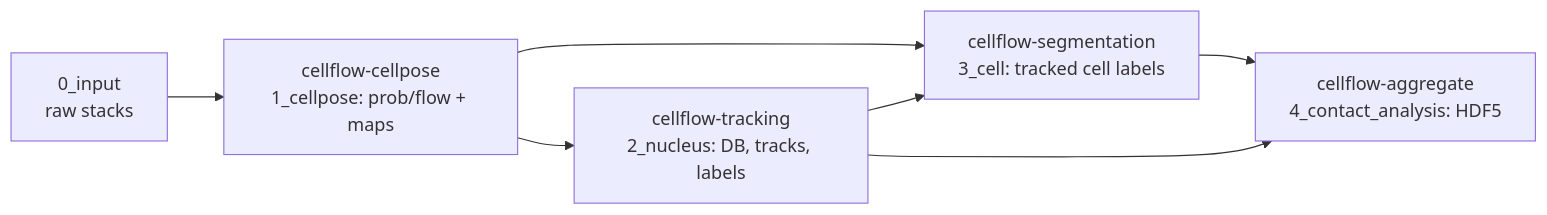
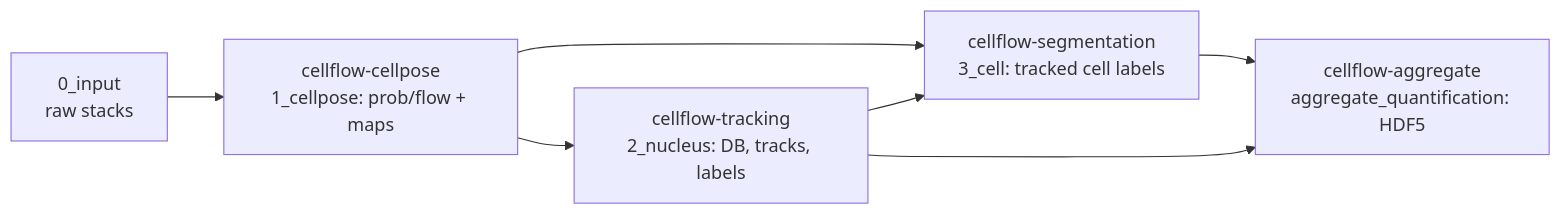
Before and after one commit to ArturRuppel/ITASC: the diagram in docs/manual/index.md, drawn with Mermaid. The commit also changed 2 other files, not shown here.

Commit message:
docs: align workflow docs with actual layout and Python floor
The pipeline writes its final stage to aggregate_quantification/ (per
napari/_paths.py and main_widget.py), but the README and manual still showed the
old 4_contact_analysis/ folder. Update the layout diagrams and step text in
README.md, docs/manual/workflow.md, and docs/manual/index.md. Also correct the
README's "requires Python 3.9 or newer" to 3.10 to match requires-python = ">=3.10".

(Archived notes/, superpowers plans, and path-agnostic catalog test fixtures keep
their arbitrary 4_contact_analysis paths — they don't document the canonical layout.)

````diff
--- a/docs/manual/index.md
+++ b/docs/manual/index.md
@@ -27,10 +27,10 @@
 ```{mermaid}
 flowchart LR
     raw["0_input<br/>raw stacks"] --> cp
     cp["cellflow-cellpose<br/>1_cellpose: prob/flow + maps"] --> trk
     cp --> seg
     trk["cellflow-tracking<br/>2_nucleus: DB, tracks, labels"] --> seg
     seg["cellflow-segmentation<br/>3_cell: tracked cell labels"] --> agg
     trk --> agg
-    agg["cellflow-aggregate<br/>4_contact_analysis: HDF5"]
+    agg["cellflow-aggregate<br/>aggregate_quantification: HDF5"]
 ```
````
